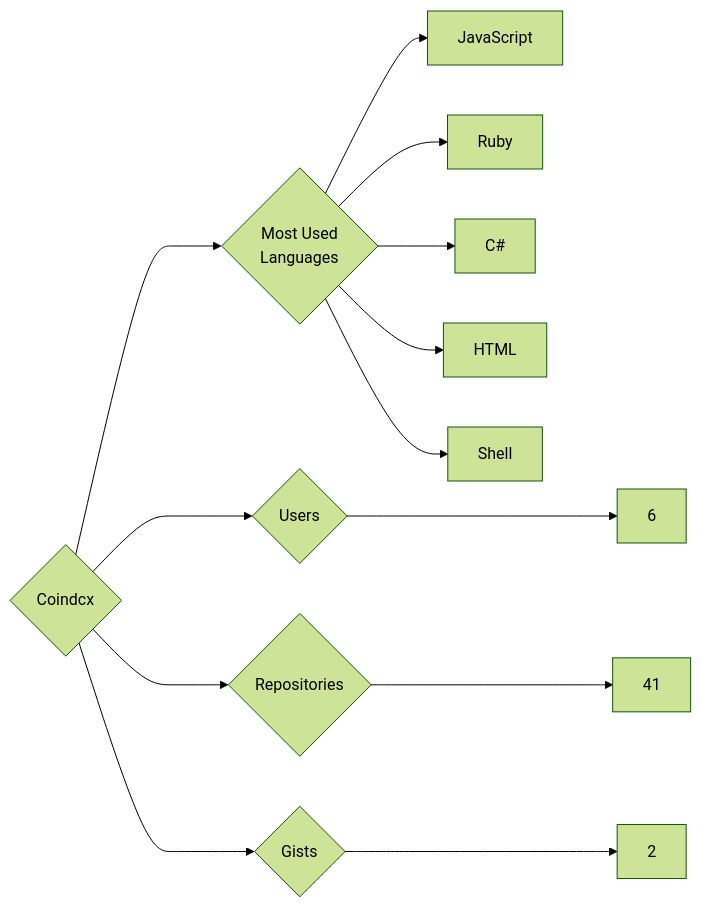
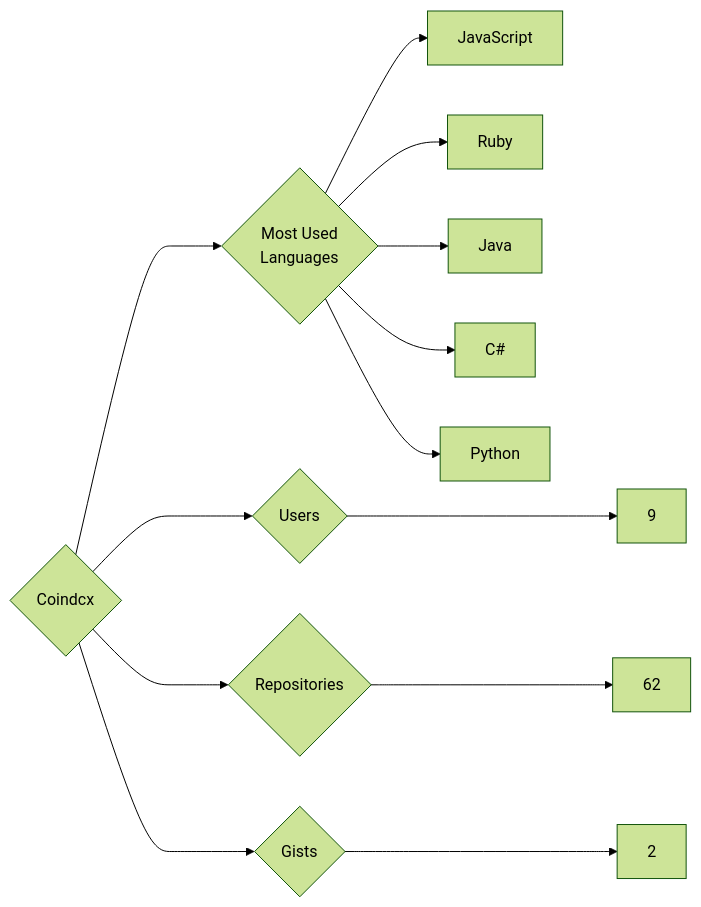
One commit to trickest/insiders changed the diagram in targets/Coindcx/README.md. Above: the diagram before and after it, drawn with Mermaid (forest theme). The commit also changed 997 other files, not shown here.

````diff
--- a/targets/Coindcx/README.md
+++ b/targets/Coindcx/README.md
@@ -3,13 +3,13 @@
 ```mermaid
 graph LR
 COMPANY_NAME{Coindcx}
-COMPANY_NAME ---> U{Users} ---> UN[6]
-COMPANY_NAME ---> R{Repositories} ---> RN[41]
+COMPANY_NAME ---> U{Users} ---> UN[9]
+COMPANY_NAME ---> R{Repositories} ---> RN[62]
 COMPANY_NAME ---> G{Gists} ---> GN[2]
 COMPANY_NAME ---> ML{Most Used<br>Languages}
 ML --> JavaScript[JavaScript]
 ML --> Ruby[Ruby]
+ML --> Java[Java]
 ML --> C#[C#]
-ML --> HTML[HTML]
-ML --> Shell[Shell]
+ML --> Python[Python]
 ```
````
